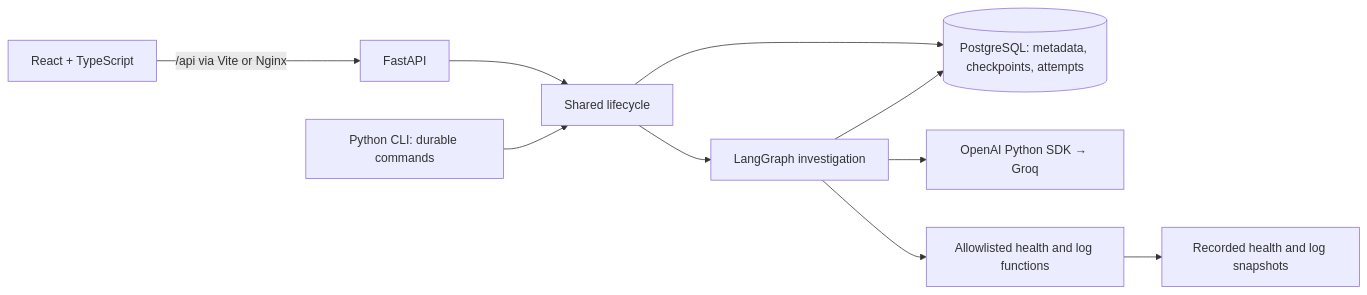
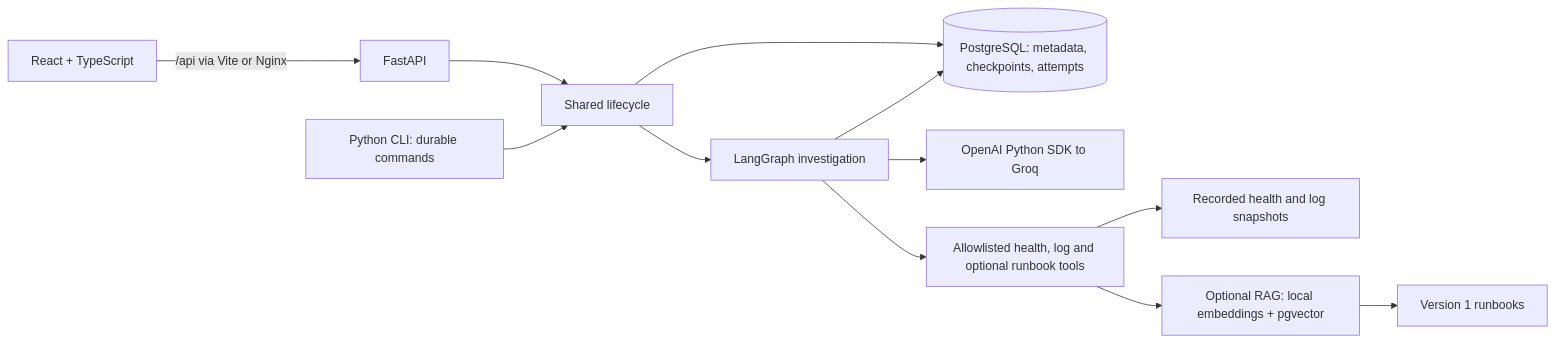
One commit to Danven-Ong/IncidentClue changed the diagram in README.md. Above: the diagram before and after it, drawn with Mermaid. The commit also changed other lines of this file and 24 other files, not shown here.

````diff
--- a/README.md
+++ b/README.md
@@ -48,12 +54,14 @@
 ```mermaid
 flowchart LR
     Browser[React + TypeScript] -->|/api via Vite or Nginx| API[FastAPI]
     API --> Lifecycle[Shared lifecycle]
     CLI[Python CLI: durable commands] --> Lifecycle
     Lifecycle --> Graph[LangGraph investigation]
     Lifecycle --> DB[(PostgreSQL: metadata, checkpoints, attempts)]
     Graph --> DB
-    Graph --> SDK[OpenAI Python SDK → Groq]
-    Graph --> Tools[Allowlisted health and log functions]
+    Graph --> SDK[OpenAI Python SDK to Groq]
+    Graph --> Tools[Allowlisted health, log and optional runbook tools]
     Tools --> Snapshots[Recorded health and log snapshots]
+    Tools --> Retrieval[Optional RAG: local embeddings + pgvector]
+    Retrieval --> Runbooks[Version 1 runbooks]
 ```
````
